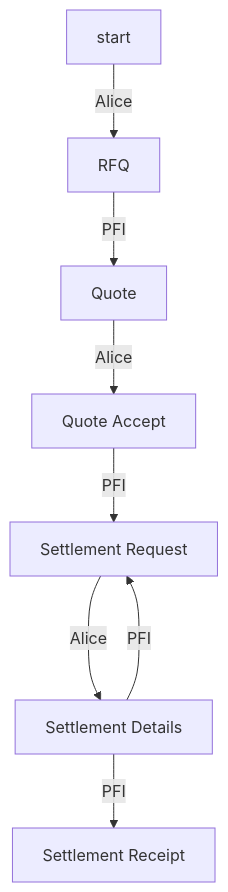
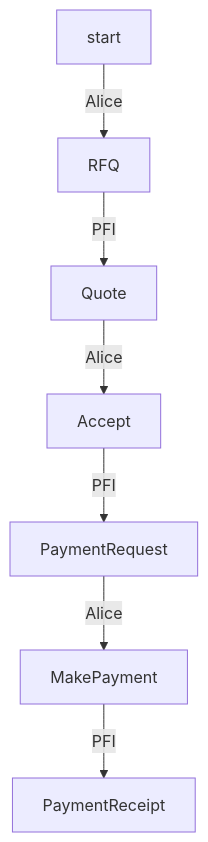
The diagram in protocol/README.md (TBD54566975/tbdex), drawn with Mermaid before and after one commit. The commit also changed other lines of this file, not shown here.

````diff
--- a/protocol/README.md
+++ b/protocol/README.md
@@ -134,12 +145,11 @@
 ```mermaid
 flowchart TD
     accTitle: State Machine of Message Thread
     accDescr: Possible state sequences for a message thread
     start --> |Alice| RFQ
-    RFQ --> |PFI| Quote[Quote]
-    Quote --> |Alice| QuoteAccept[Quote Accept]
-    QuoteAccept --> |PFI| SETTL_REQ[Settlement Request]
-    SETTL_REQ --> |Alice| SETTL_DETAIL[Settlement Details]
-    SETTL_DETAIL ---> |PFI| SETTL_REQ
-    SETTL_DETAIL --> |PFI| SETTL_RECEIPT[Settlement Receipt]
+    RFQ --> |PFI| Quote
+    Quote --> |Alice| Accept
+    Accept --> |PFI| PaymentRequest
+    PaymentRequest --> |Alice| MakePayment
+    MakePayment --> |PFI| PaymentReceipt
 ```
````
